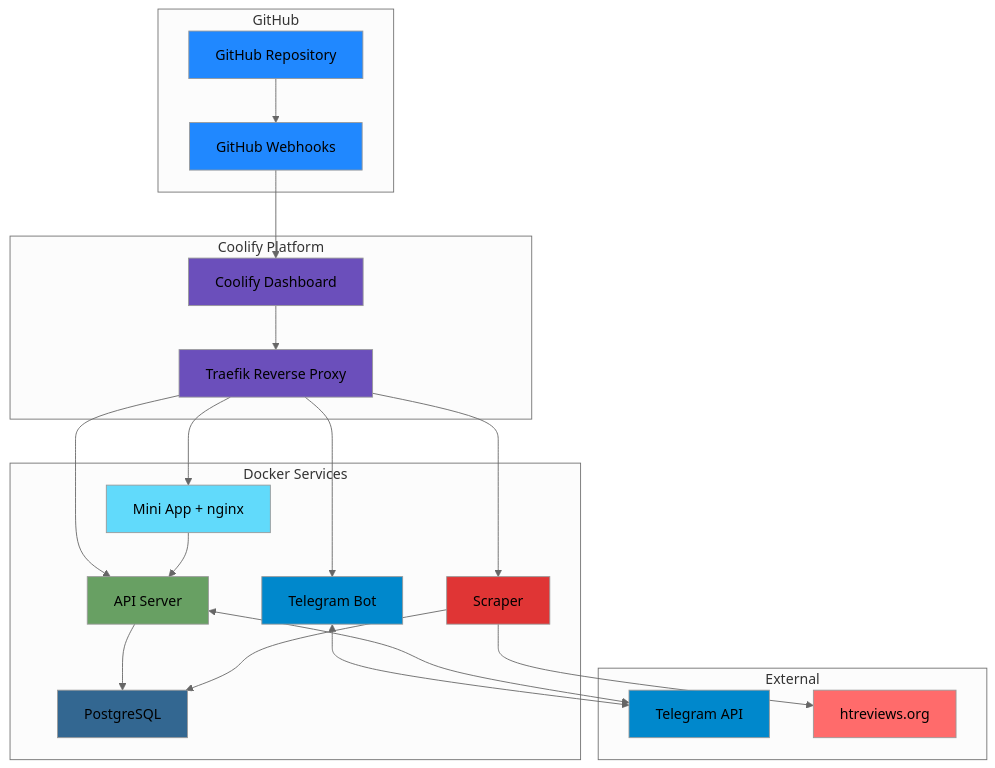
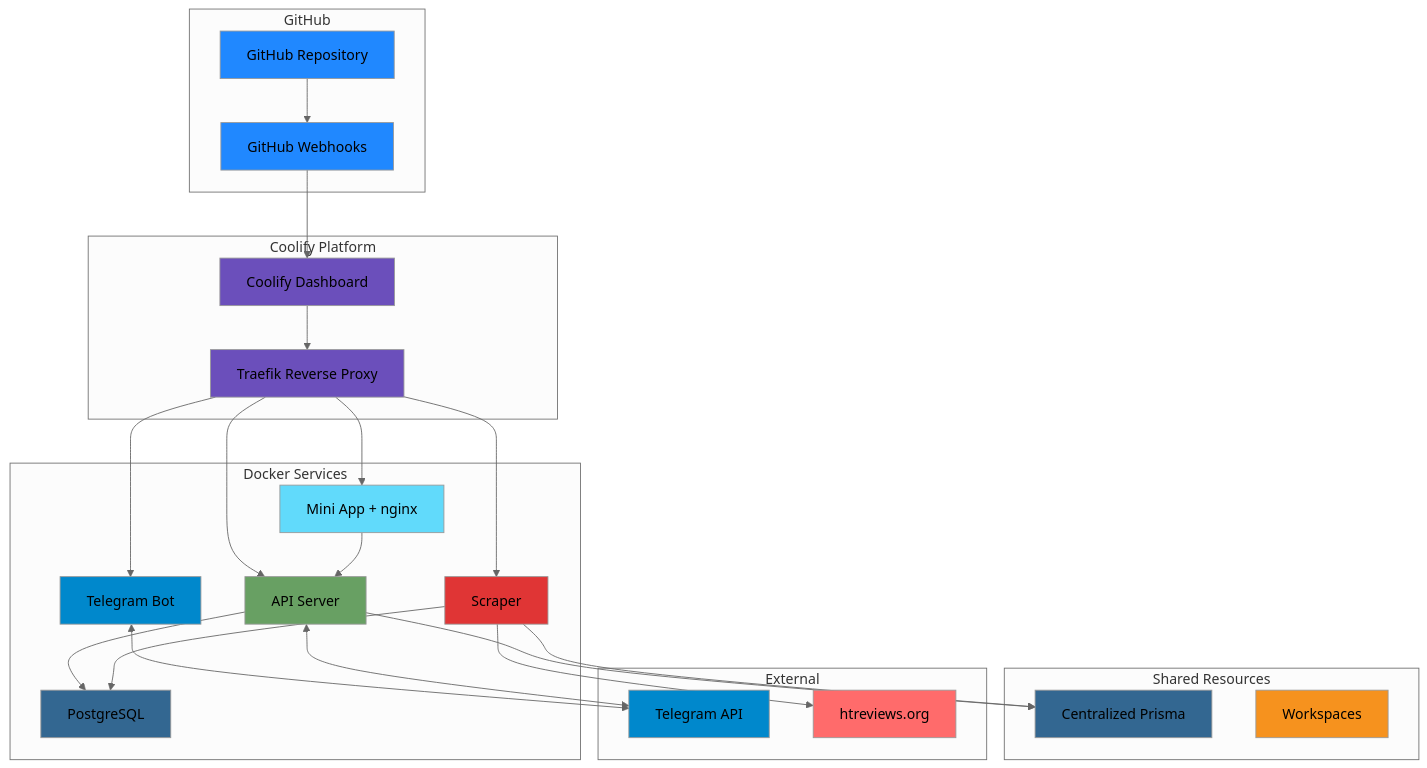
The seventh of 10 diagrams in plans/02-system-architecture.md (Zenderg/hookah-wishlist), drawn with Mermaid (neutral theme) before and after one commit. The commit also changed other lines of this file and 6 other files, not shown here.

````diff
--- a/plans/02-system-architecture.md
+++ b/plans/02-system-architecture.md
@@ -415,51 +553,60 @@
 ```mermaid
 graph TB
     subgraph "GitHub"
         GH[GitHub Repository]
         WH[GitHub Webhooks]
     end
     
     subgraph "Coolify Platform"
         CF[Coolify Dashboard]
         TR[Traefik Reverse Proxy]
     end
     
     subgraph "Docker Services"
         API_PROD[API Server]
         BOT_PROD[Telegram Bot]
         SCRAPER_PROD[Scraper]
         PG_PROD[PostgreSQL]
         MINI_PROD[Mini App + nginx]
     end
     
+    subgraph "Shared Resources"
+        PR[Centralized Prisma]
+        WS[Workspaces]
+    end
+    
     subgraph "External"
         TG[Telegram API]
         HTREVIEWS[htreviews.org]
     end
     
     GH --> WH
     WH --> CF
     CF --> TR
     TR --> API_PROD
     TR --> BOT_PROD
     TR --> SCRAPER_PROD
     TR --> MINI_PROD
+    API_PROD --> PR
+    SCRAPER_PROD --> PR
     API_PROD --> PG_PROD
     SCRAPER_PROD --> PG_PROD
     BOT_PROD <--> TG
     API_PROD <--> TG
     MINI_PROD --> API_PROD
     SCRAPER_PROD --> HTREVIEWS
     
     style GH fill:#2088ff
     style WH fill:#2088ff
     style CF fill:#6b4fbb
     style TR fill:#6b4fbb
     style API_PROD fill:#68a063
     style BOT_PROD fill:#0088cc
     style SCRAPER_PROD fill:#e03535
     style PG_PROD fill:#336791
     style MINI_PROD fill:#61dafb
+    style PR fill:#336791
+    style WS fill:#f6921e
     style TG fill:#0088cc
     style HTREVIEWS fill:#ff6b6b
 ```
````
